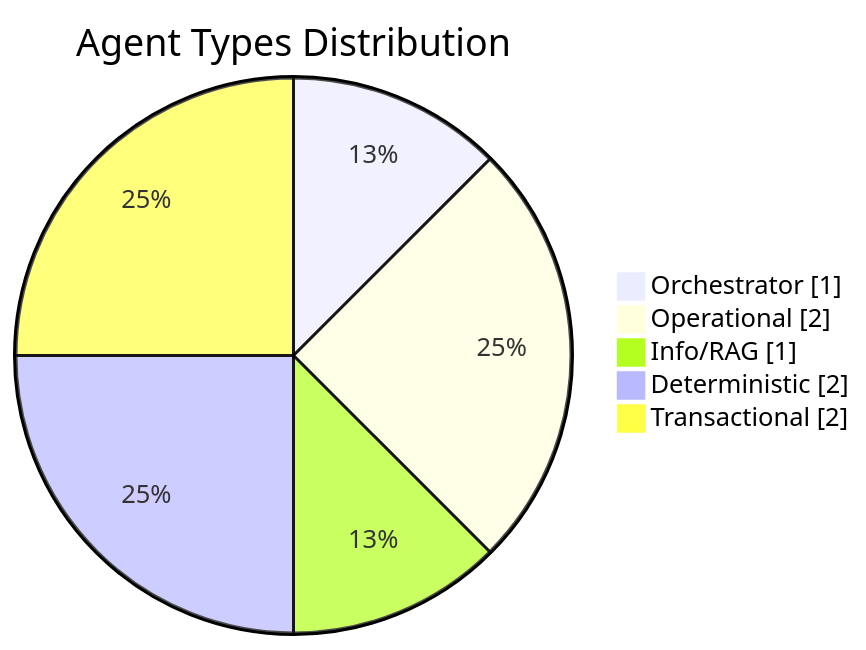
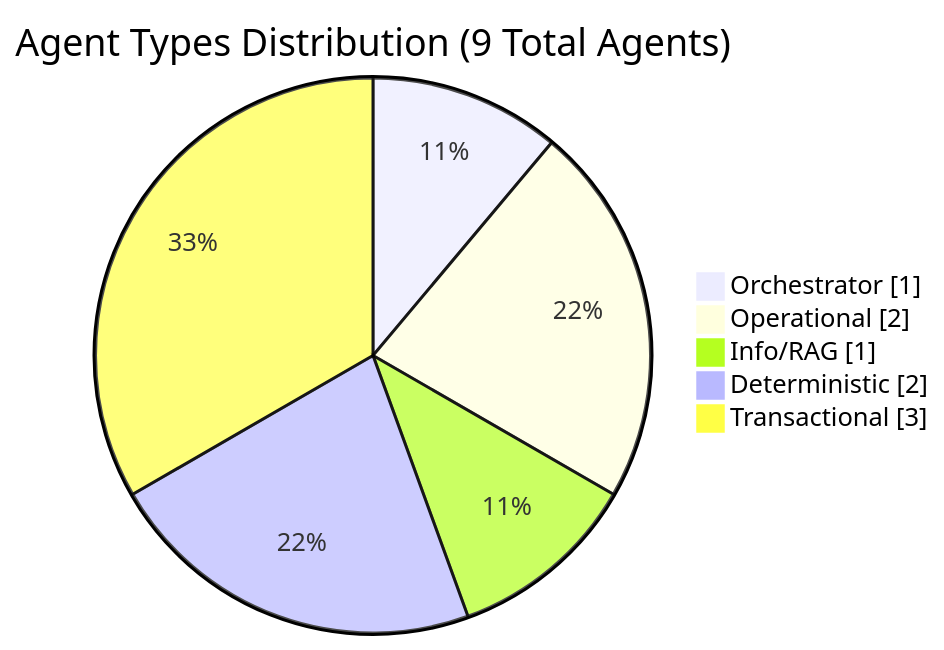
Before and after one commit to sudhamanc/ConversationalSalesAgent: the fifth of 8 diagrams in README.md, drawn with Mermaid. The commit also changed other lines of this file and 7 other files, not shown here.

````diff
--- a/README.md
+++ b/README.md
@@ -374,9 +498,9 @@
 ```mermaid
 pie showData
-    title Agent Types Distribution
+    title Agent Types Distribution (9 Total Agents)
     "Orchestrator" : 1
     "Operational" : 2
     "Info/RAG" : 1
     "Deterministic" : 2
-    "Transactional" : 2
+    "Transactional" : 3
 ```
````
